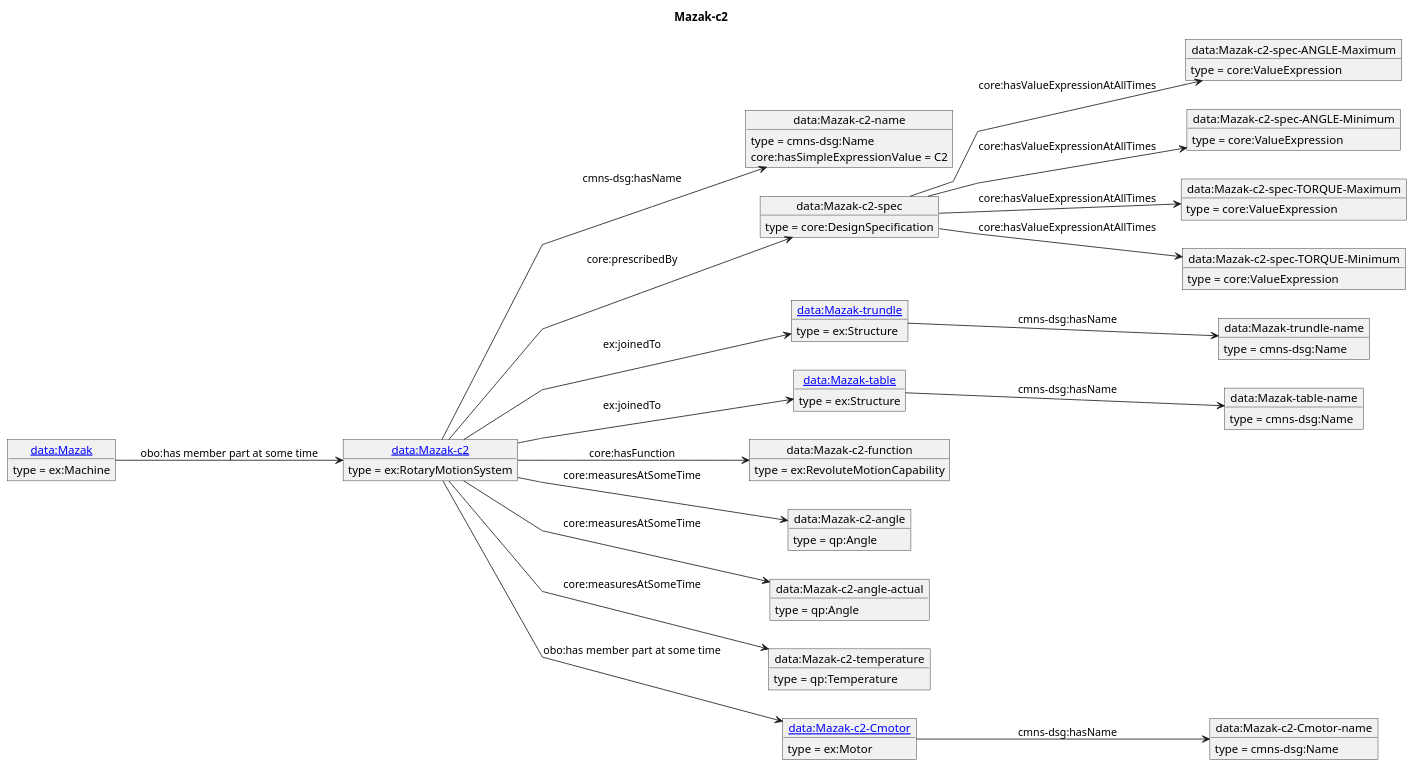
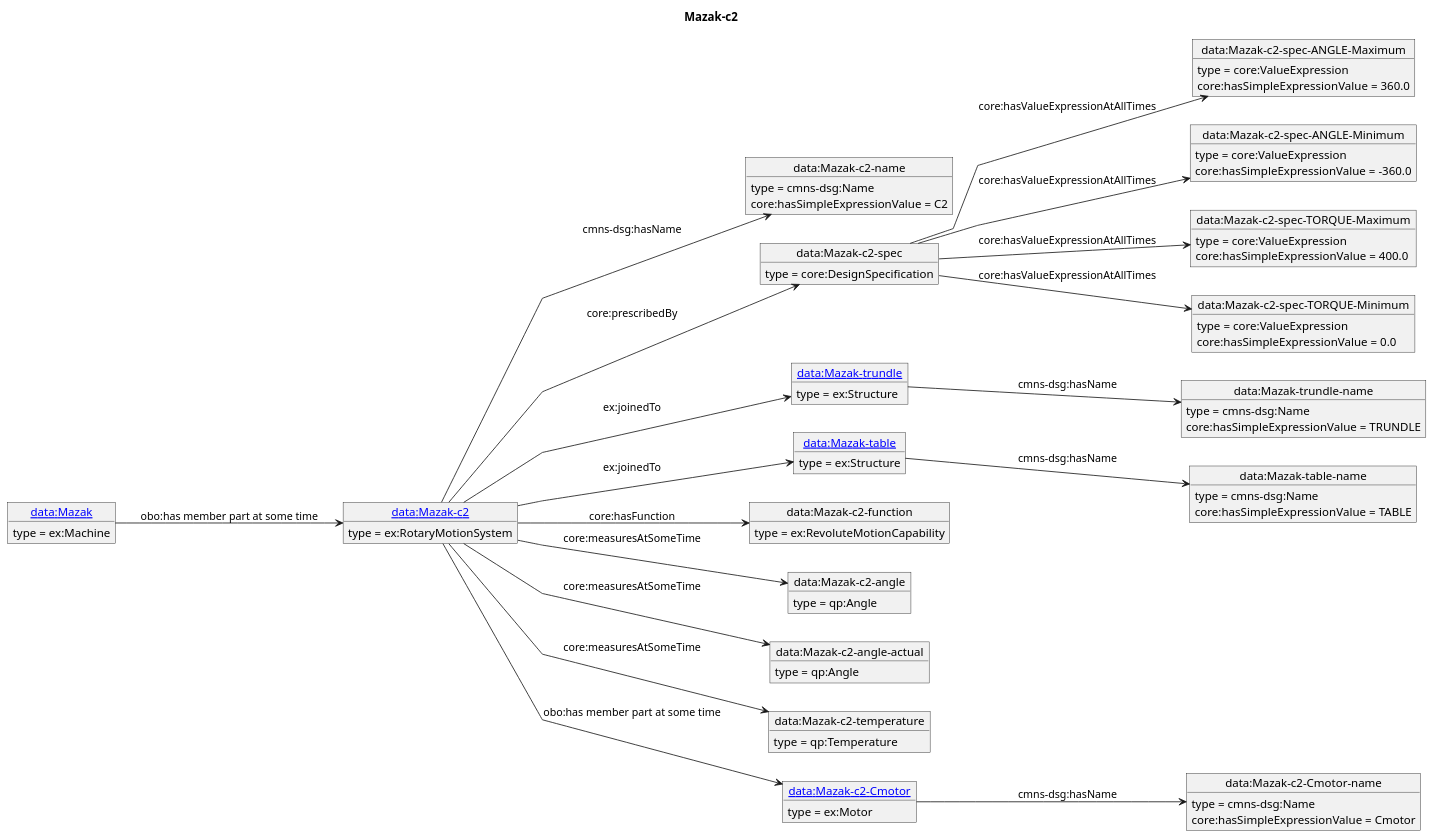
Before and after one commit to iofoundry/example-syseng-mtconnect: the diagram in diagrams/Mazak-c2.puml, drawn with PlantUML. The commit also changed 36 other files, not shown here.

```diff
--- a/diagrams/Mazak-c2.puml
+++ b/diagrams/Mazak-c2.puml
@@ -1,77 +1,84 @@
 @startuml
 skinparam linetype polyline
 left to right direction
 title Mazak-c2
 object "[[./Mazak-c2.html data:Mazak-c2]]" as o1 {
  type = ex:RotaryMotionSystem
  }
 object "data:Mazak-c2-name" as o2 {
  type = cmns-dsg:Name
  }
 object "data:Mazak-c2-spec" as o3 {
  type = core:DesignSpecification
  }
 object "data:Mazak-c2-spec-ANGLE-Maximum" as o4 {
  type = core:ValueExpression
  }
 object "data:Mazak-c2-spec-ANGLE-Minimum" as o5 {
  type = core:ValueExpression
  }
 object "data:Mazak-c2-spec-TORQUE-Maximum" as o6 {
  type = core:ValueExpression
  }
 object "data:Mazak-c2-spec-TORQUE-Minimum" as o7 {
  type = core:ValueExpression
  }
 object "[[./Mazak-trundle.html data:Mazak-trundle]]" as o8 {
  type = ex:Structure
  }
 object "data:Mazak-trundle-name" as o9 {
  type = cmns-dsg:Name
  }
 object "[[./Mazak-table.html data:Mazak-table]]" as o10 {
  type = ex:Structure
  }
 object "data:Mazak-table-name" as o11 {
  type = cmns-dsg:Name
  }
 object "data:Mazak-c2-function" as o12 {
  type = ex:RevoluteMotionCapability
  }
 object "data:Mazak-c2-angle" as o13 {
  type = qp:Angle
  }
 object "data:Mazak-c2-angle-actual" as o14 {
  type = qp:Angle
  }
 object "data:Mazak-c2-temperature" as o15 {
  type = qp:Temperature
  }
 object "[[./Mazak-c2-Cmotor.html data:Mazak-c2-Cmotor]]" as o16 {
  type = ex:Motor
  }
 object "data:Mazak-c2-Cmotor-name" as o17 {
  type = cmns-dsg:Name
  }
 object "[[./Mazak.html data:Mazak]]" as o18 {
  type = ex:Machine
  }
 o1 --> o2 : cmns-dsg:hasName
 o2 : core:hasSimpleExpressionValue = C2
 o1 --> o3 : core:prescribedBy
 o3 --> o4 : core:hasValueExpressionAtAllTimes
+o4 : core:hasSimpleExpressionValue = 360.0
 o3 --> o5 : core:hasValueExpressionAtAllTimes
+o5 : core:hasSimpleExpressionValue = -360.0
 o3 --> o6 : core:hasValueExpressionAtAllTimes
+o6 : core:hasSimpleExpressionValue = 400.0
 o3 --> o7 : core:hasValueExpressionAtAllTimes
+o7 : core:hasSimpleExpressionValue = 0.0
 o1 --> o8 : ex:joinedTo
 o8 --> o9 : cmns-dsg:hasName
+o9 : core:hasSimpleExpressionValue = TRUNDLE
 o1 --> o10 : ex:joinedTo
 o10 --> o11 : cmns-dsg:hasName
+o11 : core:hasSimpleExpressionValue = TABLE
 o1 --> o12 : core:hasFunction
 o1 --> o13 : core:measuresAtSomeTime
 o1 --> o14 : core:measuresAtSomeTime
 o1 --> o15 : core:measuresAtSomeTime
 o1 --> o16 : obo:has member part at some time
 o16 --> o17 : cmns-dsg:hasName
+o17 : core:hasSimpleExpressionValue = Cmotor
 o18 --> o1 : obo:has member part at some time
 @enduml
```
